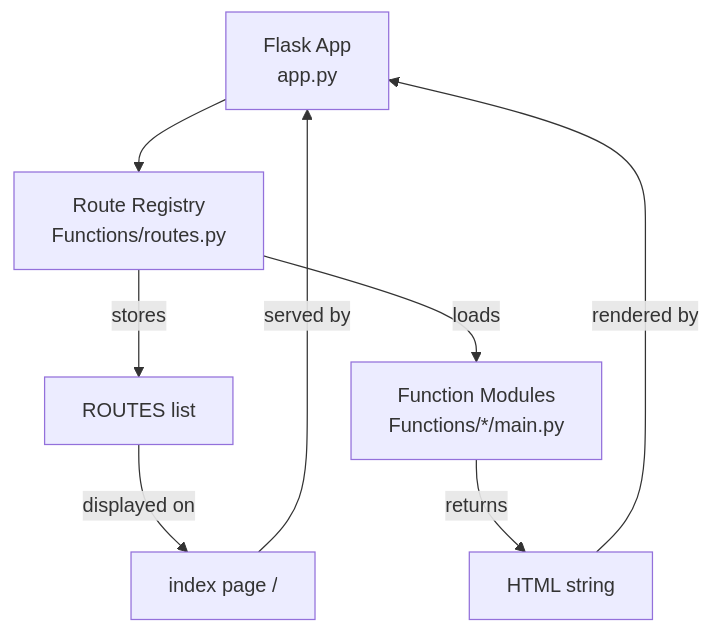
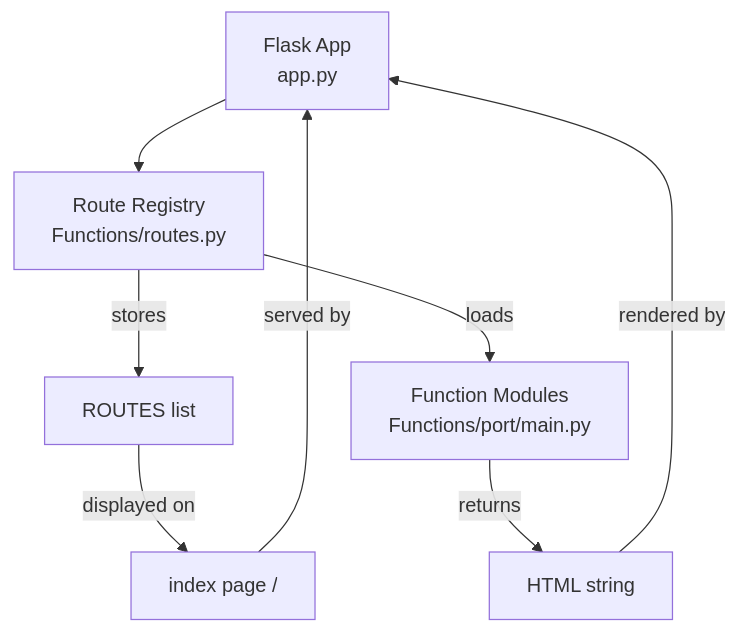
One commit to AlphaSentra/alphasentra-functions changed the diagram in README.md. Above: the diagram before and after it, drawn with Mermaid. The commit also changed other lines of this file and 7 other files, not shown here.

````diff
--- a/README.md
+++ b/README.md
@@ -140,16 +140,16 @@
     ```mermaid
     flowchart TD
         B[Flask App<br>app.py]
         C[Route Registry<br>Functions/routes.py]
         D[ROUTES list]
-        E[Function Modules<br>Functions/*/main.py]
+        E[Function Modules<br>Functions/port/main.py]
         F[HTML string]
         G[index page /]
         B --> C
         C -->|stores| D
         C -->|loads| E
         E -->|returns| F
         F -->|rendered by| B
         D -->|displayed on| G
         G -->|served by| B
     ```
````
